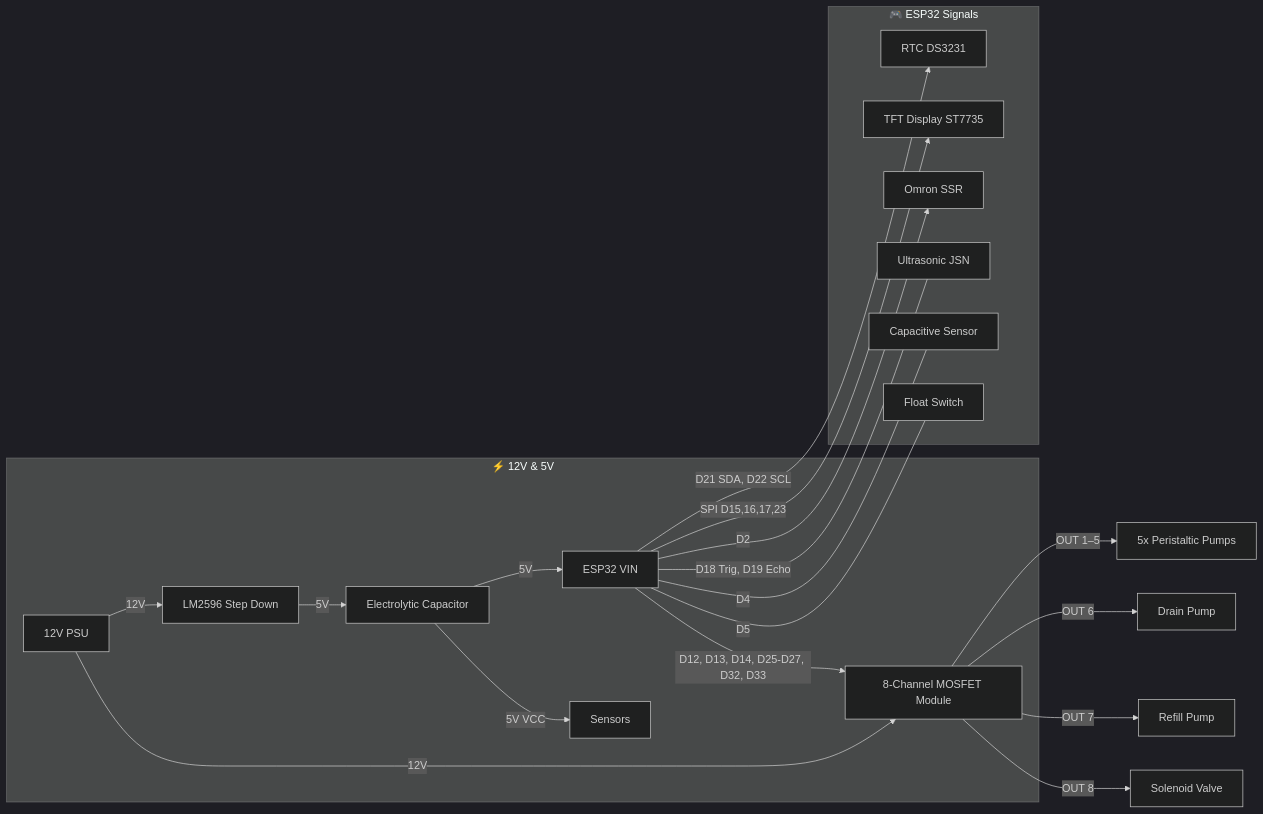
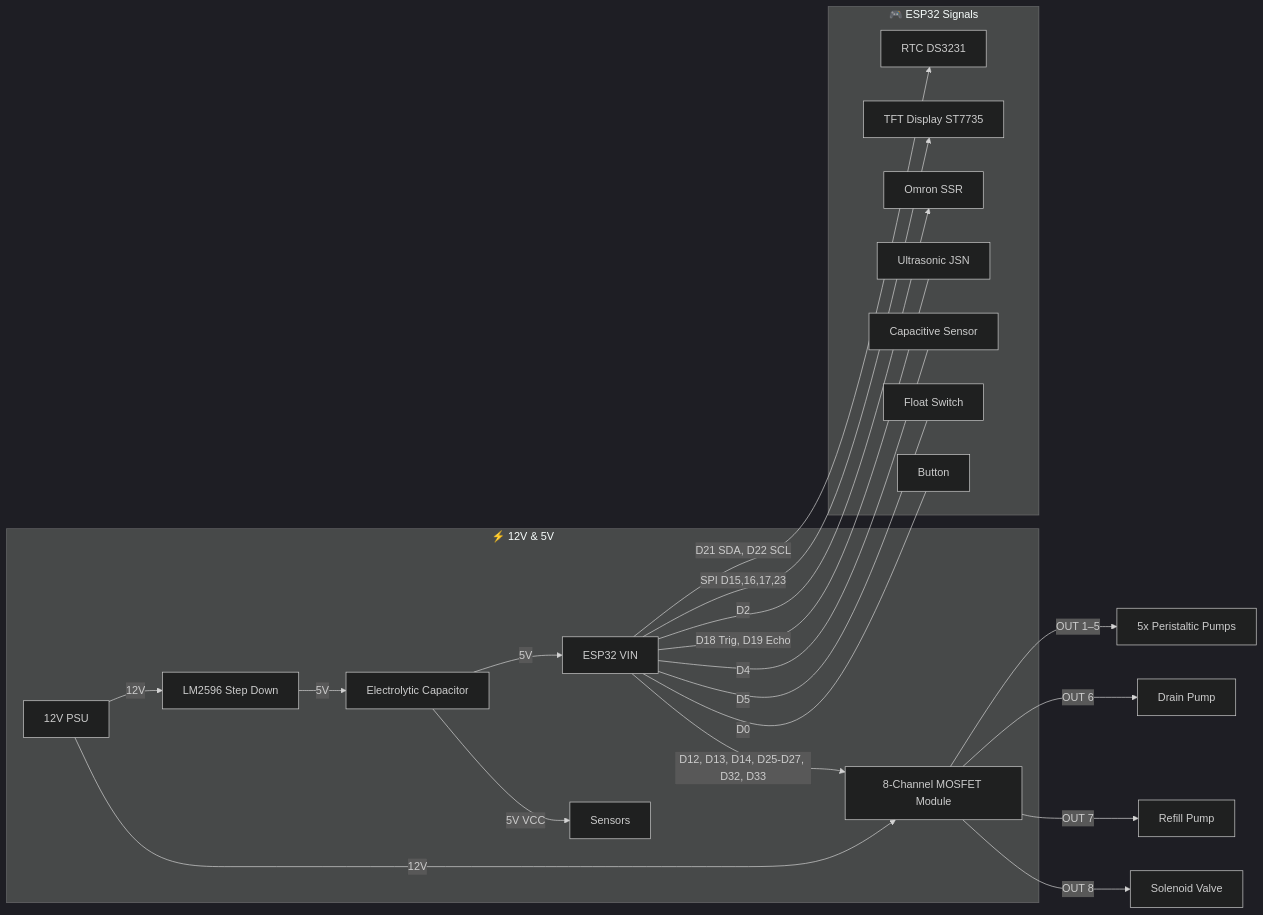
One commit to PhilipeGatis/SATPAFERT changed the second of 2 diagrams in README.md. Above: the diagram before and after it, drawn with Mermaid (dark theme). The commit also changed other lines of this file and 8 other files, not shown here.

````diff
--- a/README.md
+++ b/README.md
@@ -111,25 +111,26 @@
 ```mermaid
 graph LR
   subgraph Power [⚡ 12V & 5V]
     PSU[12V PSU] -->|12V| MOSFET[8-Channel MOSFET Module]
     PSU -->|12V| LM2596[LM2596 Step Down]
     LM2596 -->|5V| Cap[Electrolytic Capacitor]
     Cap -->|5V| ESP32[ESP32 VIN]
     Cap -->|5V VCC| SENS[Sensors]
   end
 
   subgraph Signals [🎮 ESP32 Signals]
     ESP32 -->|D21 SDA, D22 SCL| I2C[RTC DS3231]
     ESP32 -->|SPI D15,16,17,23| TFT[TFT Display ST7735]
     ESP32 -->|D12, D13, D14, D25-D27, D32, D33| MOSFET
     ESP32 -->|D2| SSR[Omron SSR]
     ESP32 ---|D18 Trig, D19 Echo| Ultra[Ultrasonic JSN]
     ESP32 ---|D4| Water[Capacitive Sensor]
     ESP32 ---|D5| Float[Float Switch]
+    ESP32 ---|D0| Button[Button]
   end
 
   MOSFET -->|OUT 1–5| Peristaltic[5x Peristaltic Pumps]
   MOSFET -->|OUT 6| Drain[Drain Pump]
   MOSFET -->|OUT 7| Refill[Refill Pump]
   MOSFET -->|OUT 8| Solenoid[Solenoid Valve]
 ```
````
